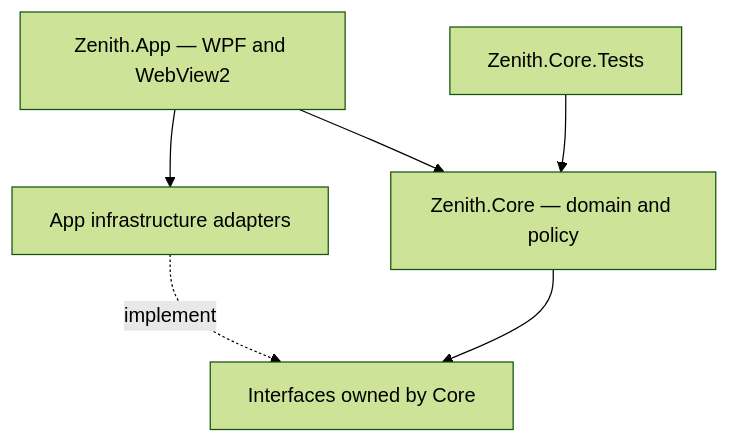
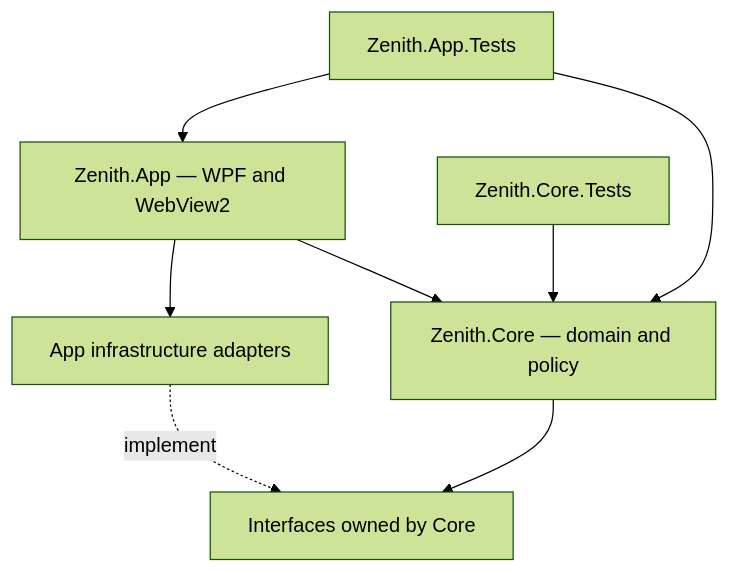
One commit to JinhaoR/Zenith changed the diagram in ARCHITECTURE.md. Above: the diagram before and after it, drawn with Mermaid (forest theme). The commit also changed other lines of this file and 23 other files, not shown here.

```diff
--- a/ARCHITECTURE.md
+++ b/ARCHITECTURE.md
@@ -97,8 +107,10 @@
 ~~~mermaid
 flowchart TD
     App["Zenith.App — WPF and WebView2"] --> Core["Zenith.Core — domain and policy"]
-    Tests["Zenith.Core.Tests"] --> Core
+    CoreTests["Zenith.Core.Tests"] --> Core
+    AppTests["Zenith.App.Tests"] --> App
+    AppTests --> Core
     App --> Adapters["App infrastructure adapters"]
     Adapters -. "implement" .-> Ports["Interfaces owned by Core"]
     Core --> Ports
 ~~~
```
